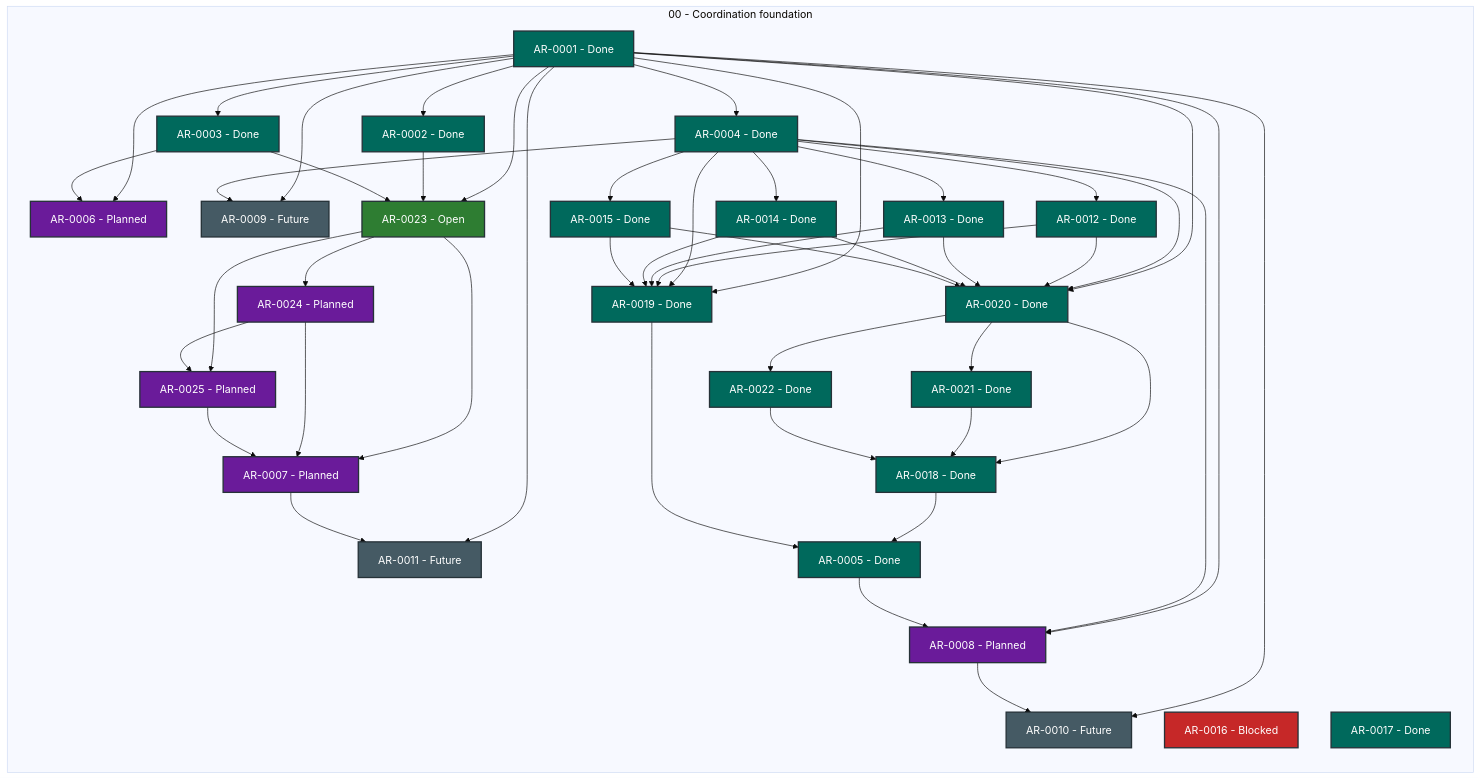
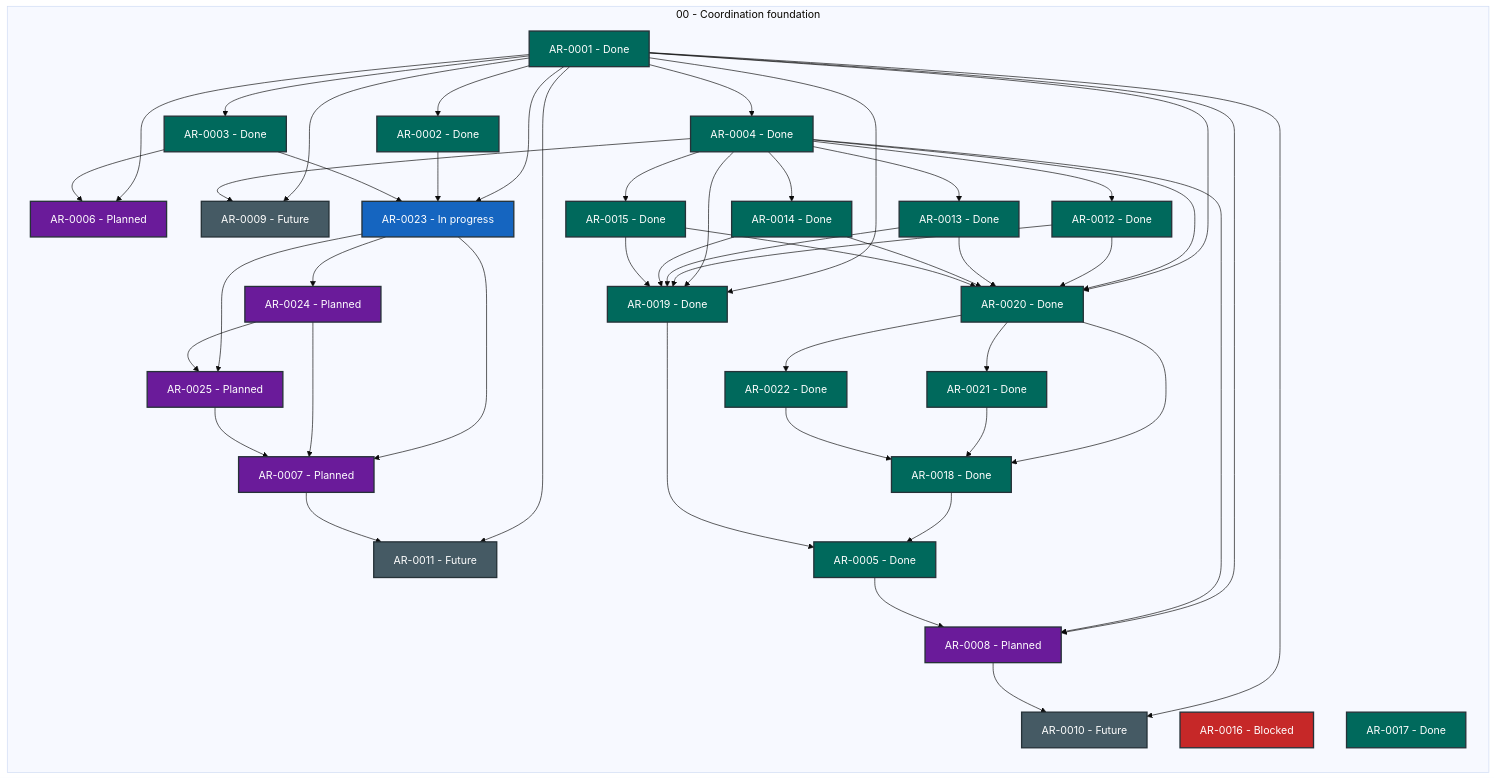
One commit to martin-beck/agent-workflow-quality-state changed the diagram in STATUS.md. Above: the diagram before and after it, drawn with Mermaid (base theme). The commit also changed other lines of this file and 2 other files, not shown here.

```diff
--- a/STATUS.md
+++ b/STATUS.md
@@ -50,7 +50,7 @@
         AR_0020["AR-0020 - Done"]:::status_done
         AR_0021["AR-0021 - Done"]:::status_done
         AR_0022["AR-0022 - Done"]:::status_done
-        AR_0023["AR-0023 - Open"]:::status_open
+        AR_0023["AR-0023 - In progress"]:::status_in_progress
         AR_0024["AR-0024 - Planned"]:::status_planned
         AR_0025["AR-0025 - Planned"]:::status_planned
     end
```
